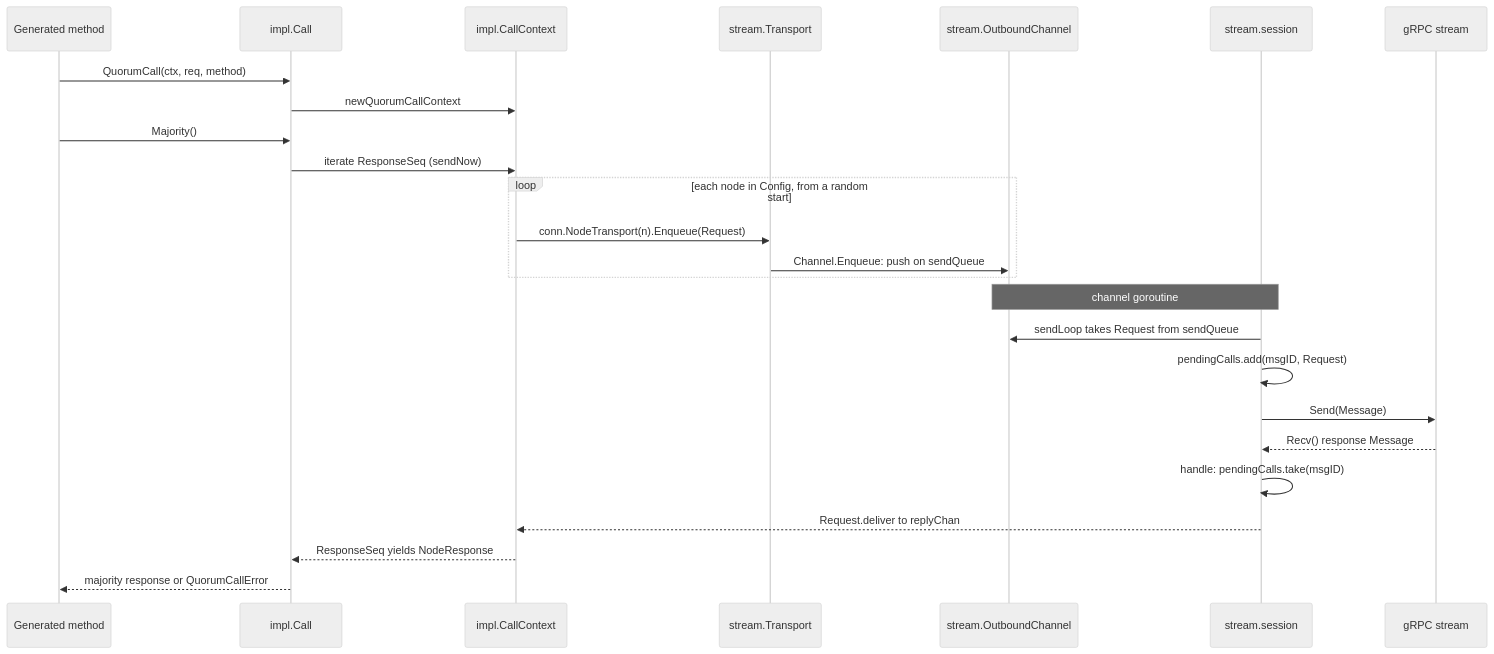
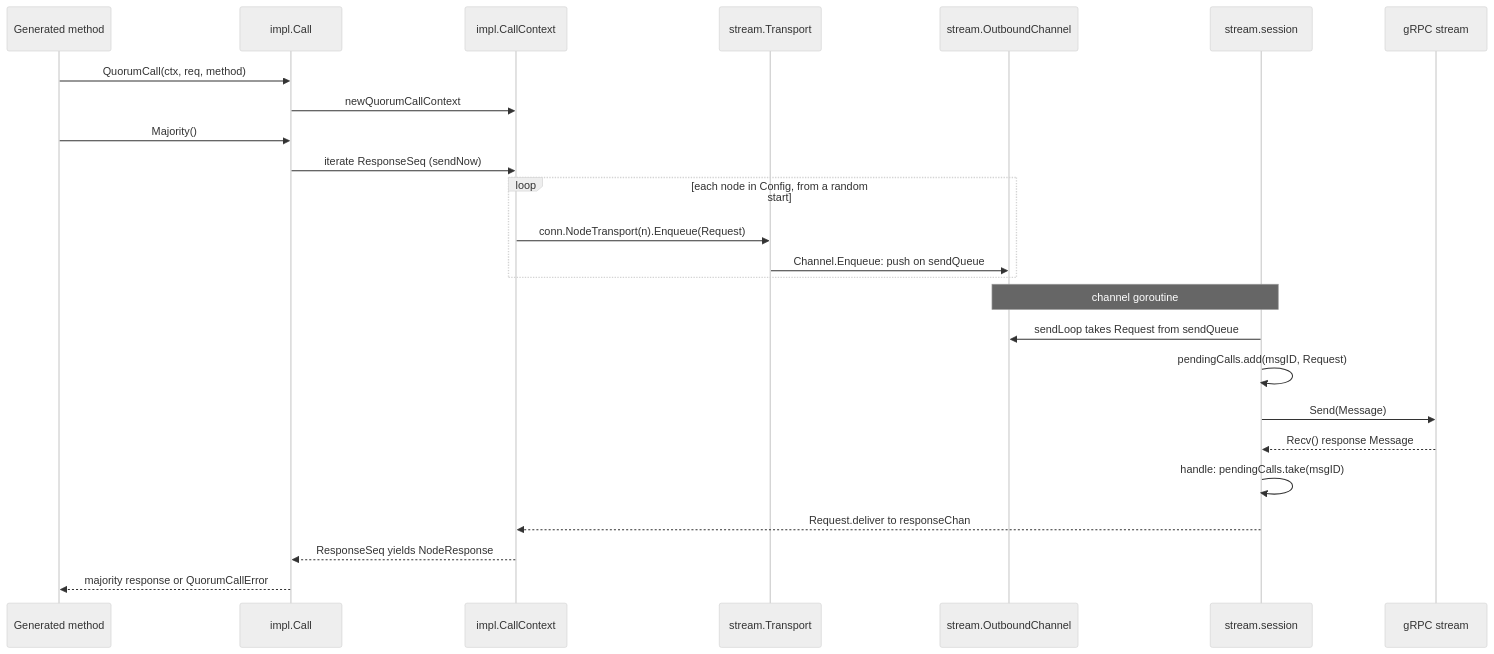
Before and after one commit to relab/gorums: the sixth of 8 diagrams in doc/dev-guide.md, drawn with Mermaid (neutral theme). The commit also changed other lines of this file and 5 other files, not shown here.

First line of the commit message:
internal/impl: rename replyChan to responseChan

````diff
--- a/doc/dev-guide.md
+++ b/doc/dev-guide.md
@@ -400,28 +400,28 @@
 ```mermaid
 sequenceDiagram
     participant Gen as Generated method
     participant Call as impl.Call
     participant CC as impl.CallContext
     participant T as stream.Transport
     participant Ch as stream.OutboundChannel
     participant S as stream.session
     participant G as gRPC stream
 
     Gen->>Call: QuorumCall(ctx, req, method)
     Call->>CC: newQuorumCallContext
     Gen->>Call: Majority()
     Call->>CC: iterate ResponseSeq (sendNow)
     loop each node in Config, from a random start
         CC->>T: conn.NodeTransport(n).Enqueue(Request)
         T->>Ch: Channel.Enqueue: push on sendQueue
     end
     Note over Ch,S: channel goroutine
     S->>Ch: sendLoop takes Request from sendQueue
     S->>S: pendingCalls.add(msgID, Request)
     S->>G: Send(Message)
     G-->>S: Recv() response Message
     S->>S: handle: pendingCalls.take(msgID)
-    S-->>CC: Request.deliver to replyChan
+    S-->>CC: Request.deliver to responseChan
     CC-->>Call: ResponseSeq yields NodeResponse
     Call-->>Gen: majority response or QuorumCallError
 ```
````
